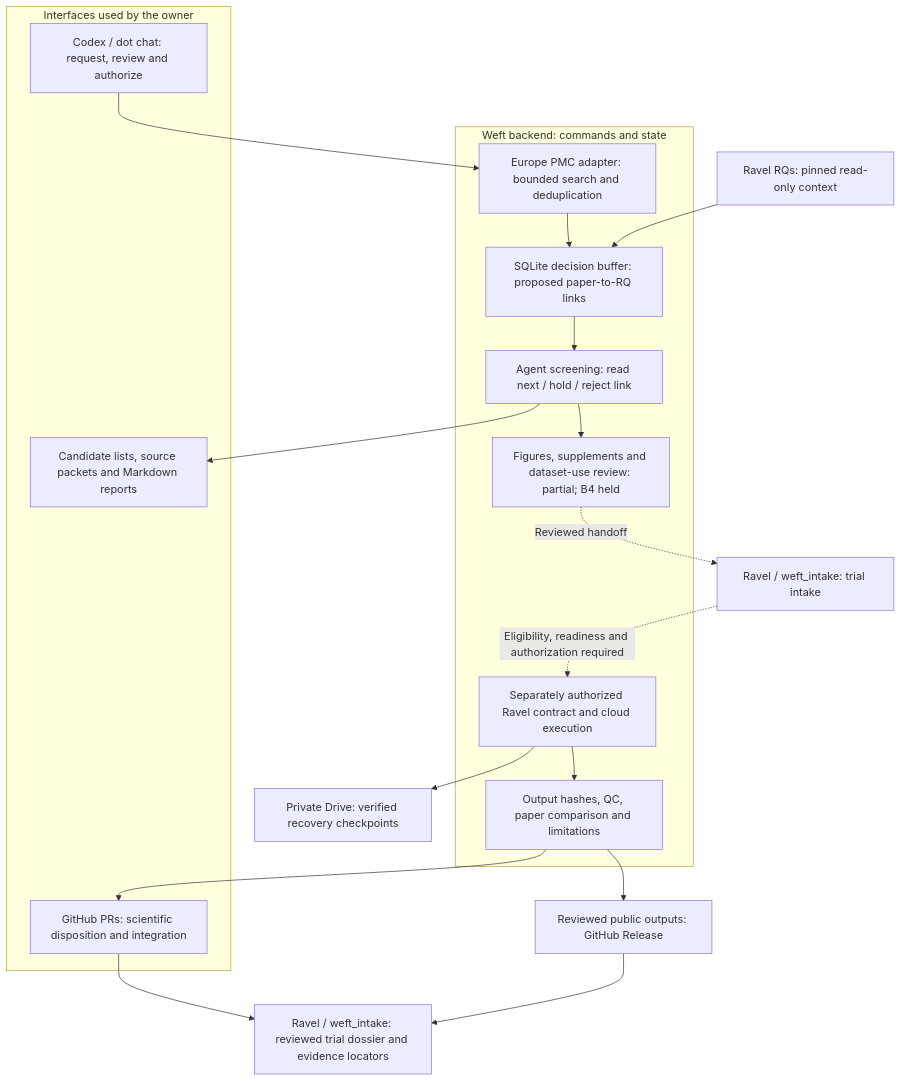
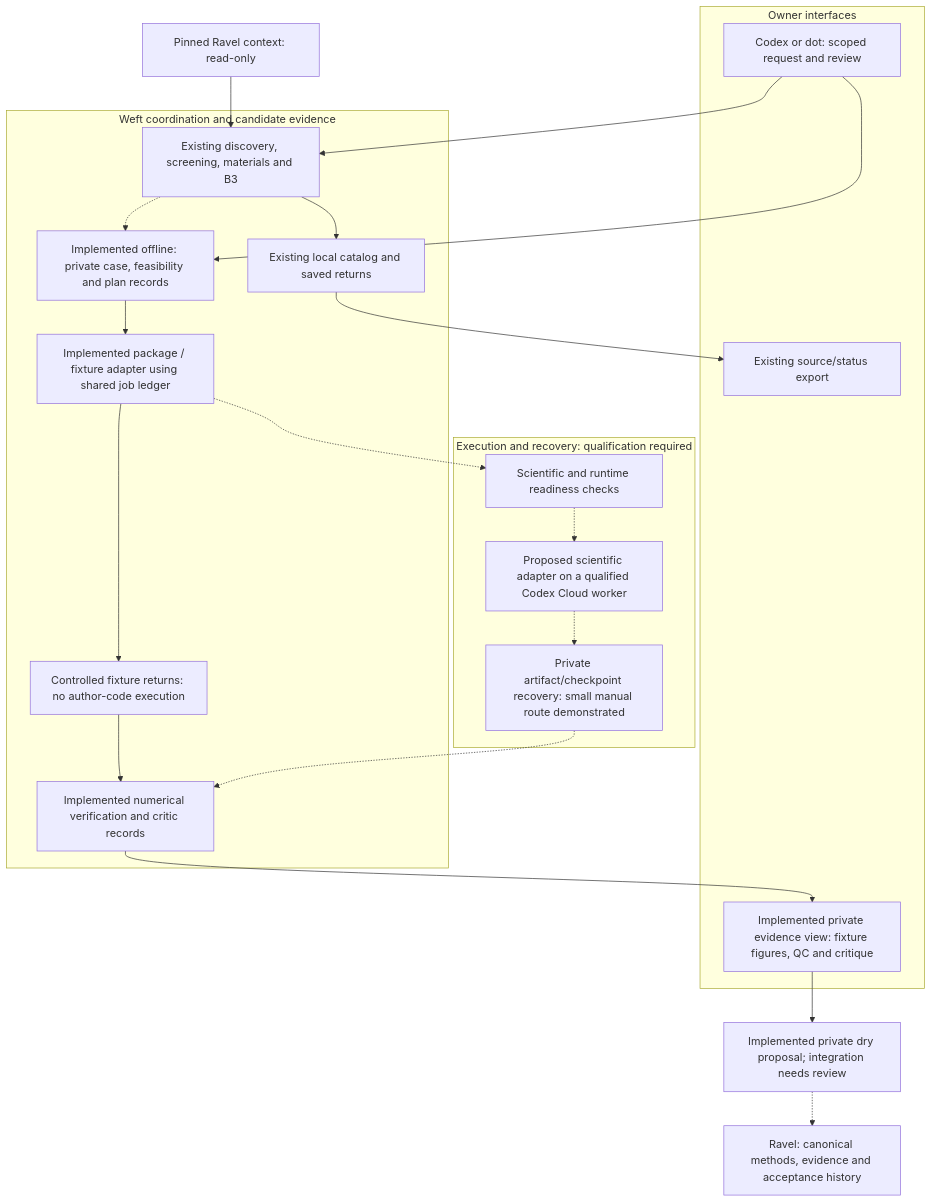
One commit to xorca0711/weft changed the second of 2 diagrams in README.md. Above: the diagram before and after it, drawn with Mermaid. The commit also changed other lines of this file and 54 other files, not shown here.

Commit message:
Add offline scientific evidence workspace and worker preparation (#18)

````diff
--- a/README.md
+++ b/README.md
@@ -131,25 +131,34 @@
 ```mermaid
 flowchart TD
-    subgraph FRONT["Interfaces used by the owner"]
-        CHAT["Codex / dot chat: request, review and authorize"]
-        REPORT["Candidate lists, source packets and Markdown reports"]
-        PR["GitHub PRs: scientific disposition and integration"]
+    subgraph UI["Owner interfaces"]
+        CHAT["Codex or dot: scoped request and review"]
+        VIEW["Existing source/status export"]
+        RESULTS["Implemented private evidence view: fixture figures, QC and critique"]
     end
-    subgraph BACK["Weft backend: commands and state"]
-        SEARCH["Europe PMC adapter: bounded search and deduplication"]
-        BUFFER["SQLite decision buffer: proposed paper-to-RQ links"]
-        SCREEN["Agent screening: read next / hold / reject link"]
-        REVIEW["Figures, supplements and dataset-use review: partial; B4 held"]
-        RUN["Separately authorized Ravel contract and cloud execution"]
-        QC["Output hashes, QC, paper comparison and limitations"]
+    subgraph WEFT["Weft coordination and candidate evidence"]
+        PIPE["Existing discovery, screening, materials and B3"]
+        STORE["Existing local catalog and saved returns"]
+        CASE["Implemented offline: private case, feasibility and plan records"]
+        CONTROL["Implemented package / fixture adapter using shared job ledger"]
+        QC["Implemented numerical verification and critic records"]
+        FIXTURE["Controlled fixture returns: no author-code execution"]
     end
-    CHAT --> SEARCH --> BUFFER --> SCREEN --> REPORT
-    SCREEN --> REVIEW
-    REVIEW -. "Reviewed handoff" .-> INTAKE["Ravel / weft_intake: trial intake"]
-    INTAKE -. "Eligibility, readiness and authorization required" .-> RUN --> QC --> PR
-    RQ["Ravel RQs: pinned read-only context"] --> BUFFER
-    RUN --> DRIVE["Private Drive: verified recovery checkpoints"]
-    PR --> RAVEL["Ravel / weft_intake: reviewed trial dossier and evidence locators"]
-    QC --> RELEASE["Reviewed public outputs: GitHub Release"]
-    RELEASE --> RAVEL
+    subgraph EXEC["Execution and recovery: qualification required"]
+        READY["Scientific and runtime readiness checks"]
+        WORKER["Proposed scientific adapter on a qualified Codex Cloud worker"]
+        ARCHIVE["Private artifact/checkpoint recovery: small manual route demonstrated"]
+    end
+    CHAT --> PIPE --> STORE --> VIEW
+    PIN["Pinned Ravel context: read-only"] --> PIPE
+    PIPE -.-> CASE
+    CHAT --> CASE
+    CASE --> CONTROL
+    CONTROL --> FIXTURE --> QC
+    CONTROL -.-> READY
+    READY -.-> WORKER
+    WORKER -.-> ARCHIVE
+    ARCHIVE -.-> QC
+    QC --> RESULTS
+    RESULTS --> HANDOFF["Implemented private dry proposal; integration needs review"]
+    HANDOFF -.-> RAVEL["Ravel: canonical methods, evidence and acceptance history"]
 ```
````
